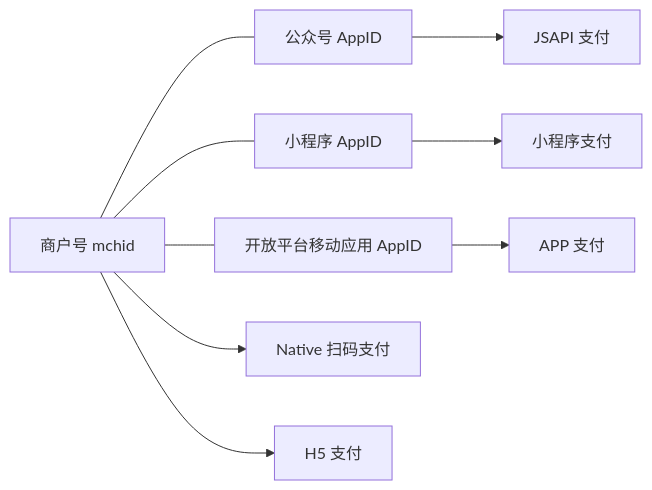
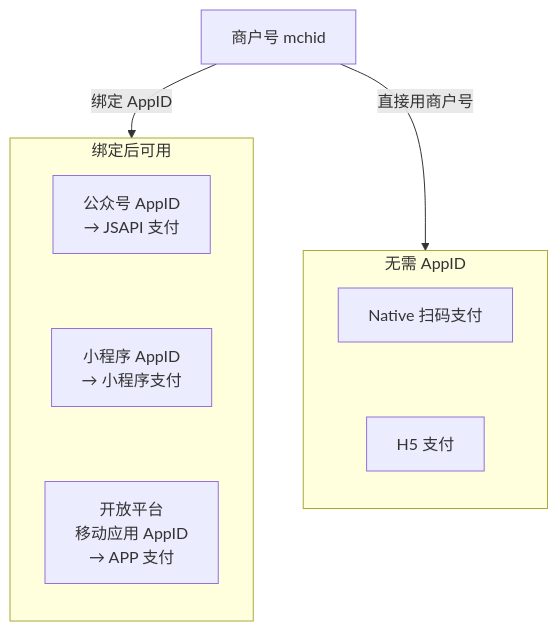
The first of 2 diagrams in books/pricing-monetization/05-payments-china.md (jarvis-pro/hatch-shelf), drawn with Mermaid before and after one commit. The commit also changed 432 other files, not shown here.

````diff
--- a/books/pricing-monetization/05-payments-china.md
+++ b/books/pricing-monetization/05-payments-china.md
@@ -56,11 +56,13 @@
 ```mermaid
-flowchart LR
-  M["商户号 mchid"] --- A1["公众号 AppID"]
-  M --- A2["小程序 AppID"]
-  M --- A3["开放平台移动应用 AppID"]
-  A1 --> P1["JSAPI 支付"]
-  A2 --> P2["小程序支付"]
-  A3 --> P3["APP 支付"]
-  M --> P4["Native 扫码支付"]
-  M --> P5["H5 支付"]
+flowchart TD
+  M["商户号 mchid"] -->|"绑定 AppID"| BIND
+  M -->|"直接用商户号"| DIRECT
+  subgraph BIND["绑定后可用"]
+    direction TB
+    A1["公众号 AppID<br/>→ JSAPI 支付"] ~~~ A2["小程序 AppID<br/>→ 小程序支付"] ~~~ A3["开放平台<br/>移动应用 AppID<br/>→ APP 支付"]
+  end
+  subgraph DIRECT["无需 AppID"]
+    direction TB
+    P4["Native 扫码支付"] ~~~ P5["H5 支付"]
+  end
 ```
````
